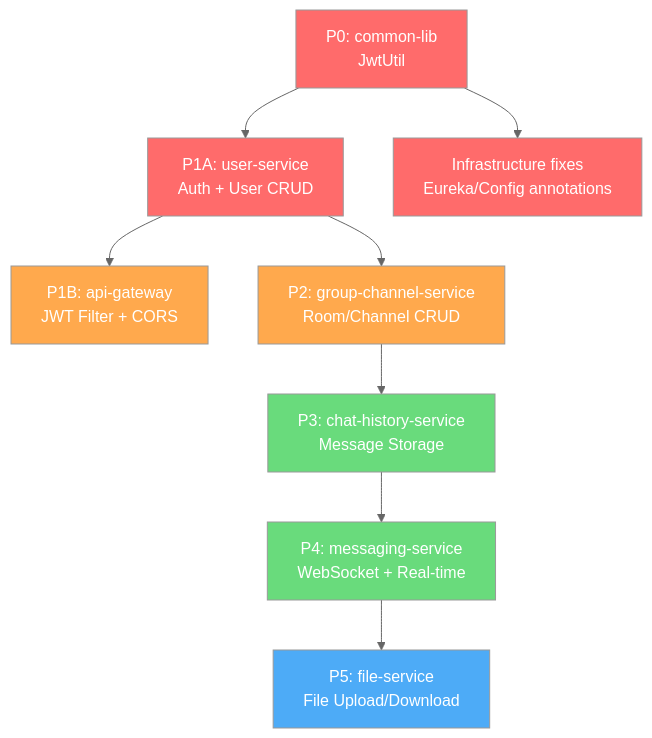
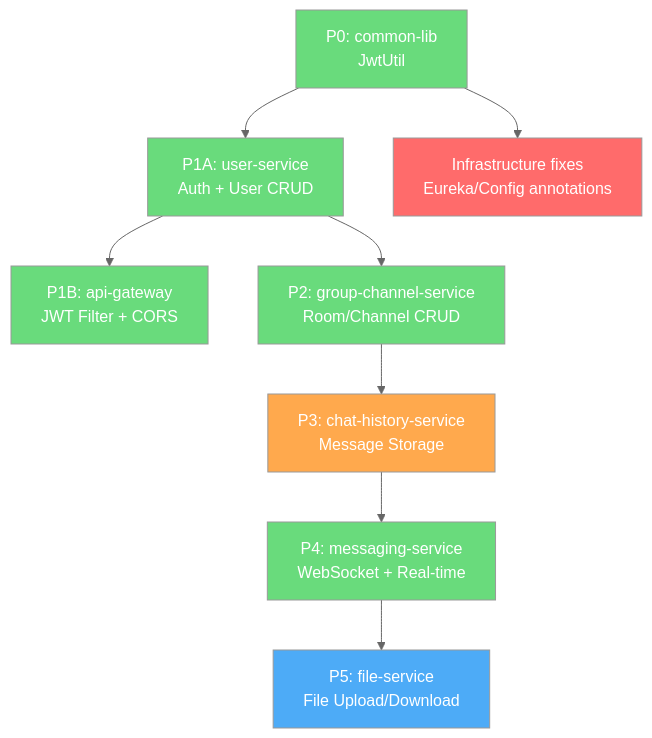
One commit to jnswkz/MiniDiscord changed the diagram in docs/progress.md. Above: the diagram before and after it, drawn with Mermaid (neutral theme). The commit also changed other lines of this file and 4 other files, not shown here.

````diff
--- a/docs/progress.md
+++ b/docs/progress.md
@@ -216,20 +227,20 @@
 ```mermaid
 graph TD
     P0[P0: common-lib<br/>JwtUtil] --> P1A[P1A: user-service<br/>Auth + User CRUD]
     P1A --> P1B[P1B: api-gateway<br/>JWT Filter + CORS]
     P1A --> P2[P2: group-channel-service<br/>Room/Channel CRUD]
     P2 --> P3[P3: chat-history-service<br/>Message Storage]
     P3 --> P4[P4: messaging-service<br/>WebSocket + Real-time]
     P4 --> P5[P5: file-service<br/>File Upload/Download]
     
     P0 --> INF[Infrastructure fixes<br/>Eureka/Config annotations]
     
-    style P0 fill:#ff6b6b,color:#fff
-    style P1A fill:#ff6b6b,color:#fff
-    style P1B fill:#ffa94d,color:#fff
-    style P2 fill:#ffa94d,color:#fff
-    style P3 fill:#69db7c,color:#fff
+    style P0 fill:#69db7c,color:#fff
+    style P1A fill:#69db7c,color:#fff
+    style P1B fill:#69db7c,color:#fff
+    style P2 fill:#69db7c,color:#fff
+    style P3 fill:#ffa94d,color:#fff
     style P4 fill:#69db7c,color:#fff
     style P5 fill:#4dabf7,color:#fff
     style INF fill:#ff6b6b,color:#fff
 ```
````
